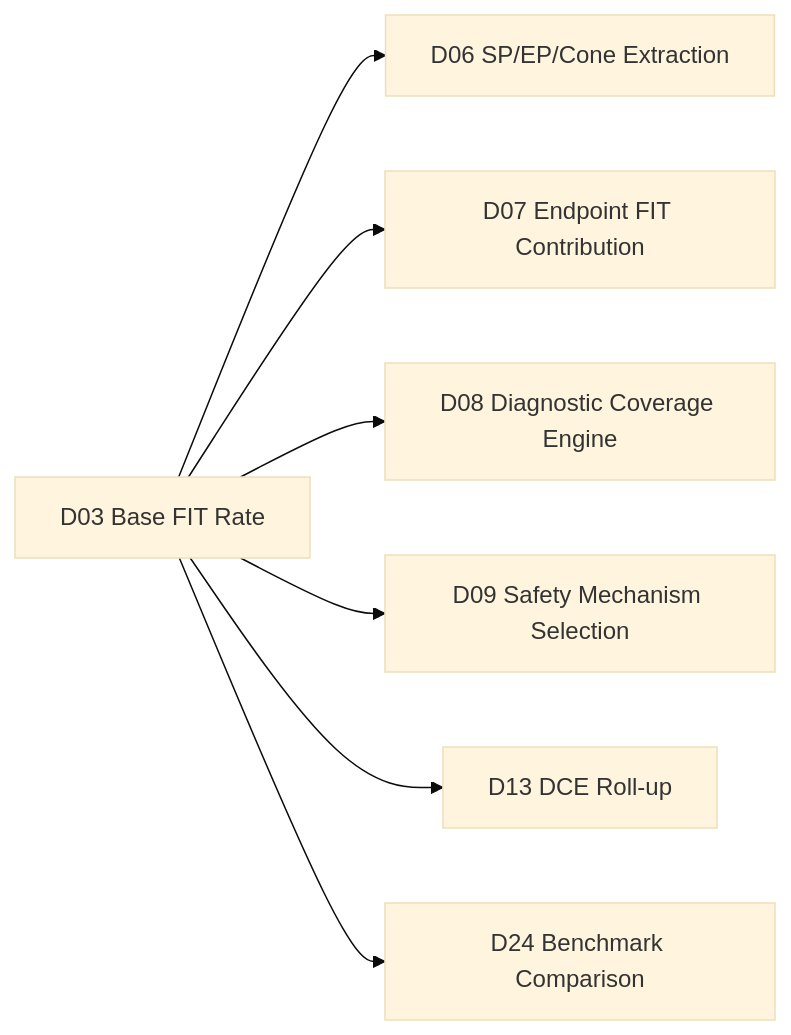
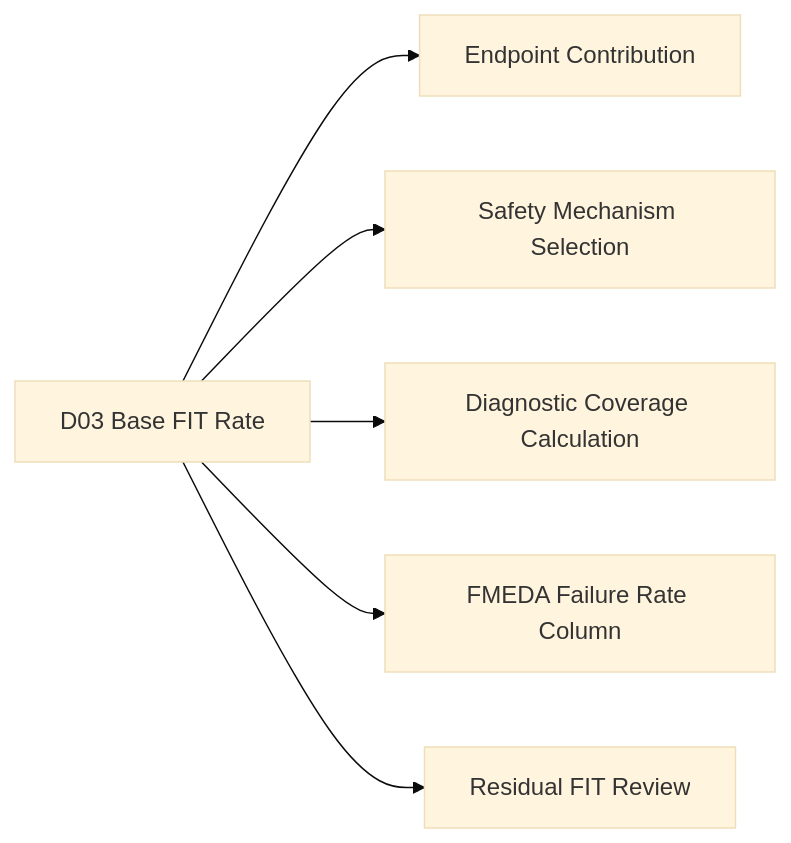
Before and after one commit to qiqixixi1001/automotive-safeic-practice: diagram 13 of 14 in articles/03_automotive_safeic_practice_d03_github_en_generic.md, drawn with Mermaid (base theme). The commit also changed other lines of this file, not shown here.

````diff
--- a/articles/03_automotive_safeic_practice_d03_github_en_generic.md
+++ b/articles/03_automotive_safeic_practice_d03_github_en_generic.md
@@ -1004,9 +1212,8 @@
 ```mermaid
 flowchart LR
-    A[D03 Base FIT Rate] --> B[D06 SP/EP/Cone Extraction]
-    A --> C[D07 Endpoint FIT Contribution]
-    A --> D[D08 Diagnostic Coverage Engine]
-    A --> E[D09 Safety Mechanism Selection]
-    A --> F[D13 DCE Roll-up]
-    A --> G[D24 Benchmark Comparison]
+    A[D03 Base FIT Rate] --> B[Endpoint Contribution]
+    A --> C[Safety Mechanism Selection]
+    A --> D[Diagnostic Coverage Calculation]
+    A --> E[FMEDA Failure Rate Column]
+    A --> F[Residual FIT Review]
 ```
````
